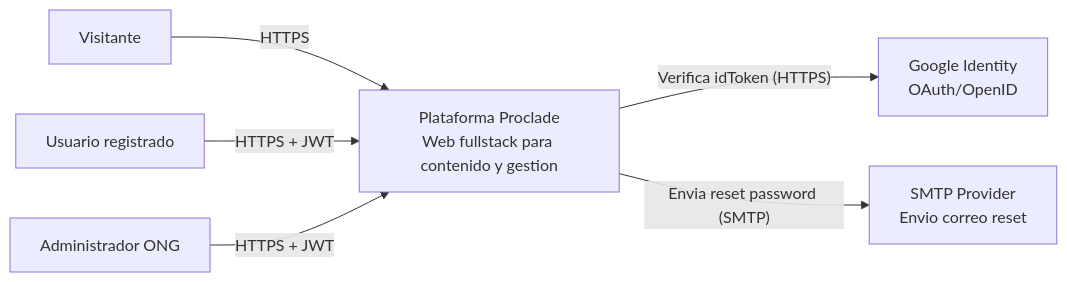
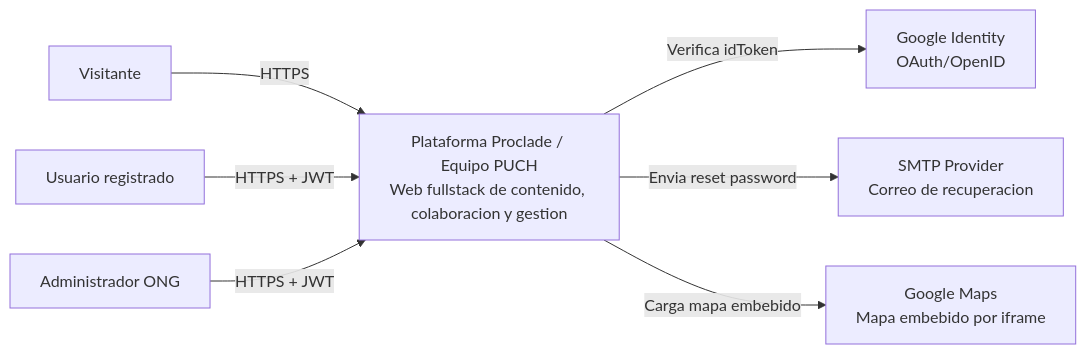
One commit to RoockDev/proyecto-proclade changed the diagram in docs/02-architecture/02.1-c4-context.md. Above: the diagram before and after it, drawn with Mermaid. The commit also changed other lines of this file and 37 other files, not shown here.

````diff
--- a/docs/02-architecture/02.1-c4-context.md
+++ b/docs/02-architecture/02.1-c4-context.md
@@ -7,18 +7,20 @@
 ```mermaid
 flowchart LR
   guest["Visitante"]
   member["Usuario registrado"]
   admin["Administrador ONG"]
 
-  platform["Plataforma Proclade<br/>Web fullstack para contenido y gestion"]
+  platform["Plataforma Proclade / Equipo PUCH<br/>Web fullstack de contenido, colaboracion y gestion"]
 
   google["Google Identity<br/>OAuth/OpenID"]
-  smtp["SMTP Provider<br/>Envio correo reset"]
+  smtp["SMTP Provider<br/>Correo de recuperacion"]
+  maps["Google Maps<br/>Mapa embebido por iframe"]
 
   guest -->|"HTTPS"| platform
   member -->|"HTTPS + JWT"| platform
   admin -->|"HTTPS + JWT"| platform
 
-  platform -->|"Verifica idToken (HTTPS)"| google
-  platform -->|"Envia reset password (SMTP)"| smtp
+  platform -->|"Verifica idToken"| google
+  platform -->|"Envia reset password"| smtp
+  platform -->|"Carga mapa embebido"| maps
 ```
````
